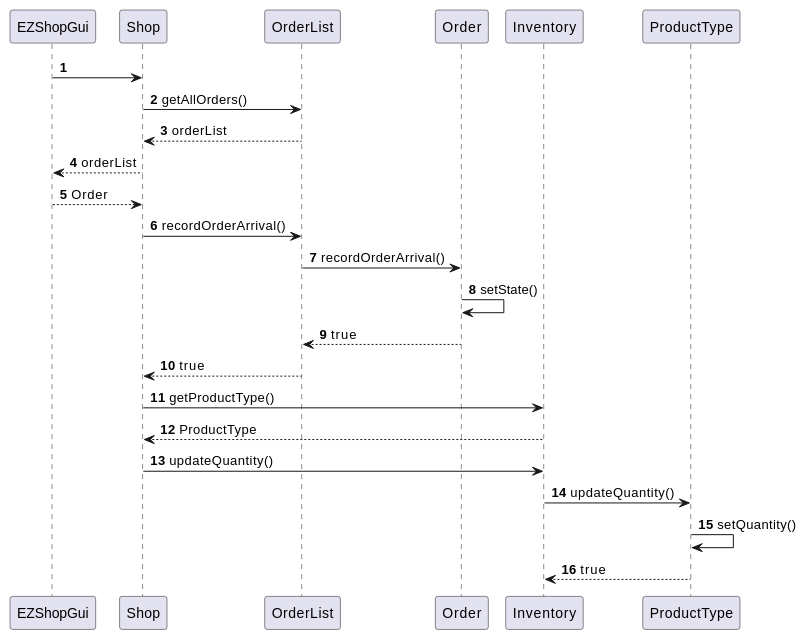
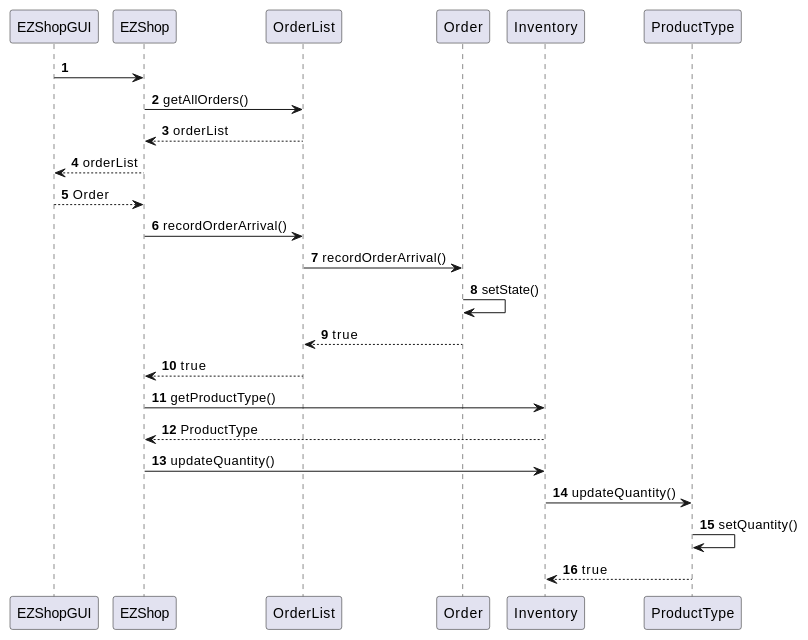
Before and after one commit to mkexc/ezshop: the ninth of 22 diagrams in Deliverables/DesignDocument.md, drawn with PlantUML. The commit also changed other lines of this file, not shown here.

````diff
--- a/Deliverables/DesignDocument.md
+++ b/Deliverables/DesignDocument.md
@@ -430,22 +327,22 @@
 ```plantuml
 @startuml
 autonumber
-EZShopGui -> Shop
+EZShopGUI -> EZShop
 
-Shop -> OrderList : getAllOrders()
-Shop <-- OrderList : orderList
-Shop --> EZShopGui : orderList
-Shop <-- EZShopGui : Order
-Shop -> OrderList : recordOrderArrival()
+EZShop -> OrderList : getAllOrders()
+EZShop <-- OrderList : orderList
+EZShop --> EZShopGUI : orderList
+EZShop <-- EZShopGUI : Order
+EZShop -> OrderList : recordOrderArrival()
 OrderList -> Order : recordOrderArrival()
 Order -> Order : setState()
 OrderList <-- Order : true
-Shop <-- OrderList : true
-Shop -> Inventory : getProductType()
-Shop <-- Inventory : ProductType
-Shop -> Inventory : updateQuantity()
+EZShop <-- OrderList : true
+EZShop -> Inventory : getProductType()
+EZShop <-- Inventory : ProductType
+EZShop -> Inventory : updateQuantity()
 Inventory -> ProductType : updateQuantity()
 ProductType -> ProductType : setQuantity()
 Inventory <-- ProductType : true
 @enduml
 ```
````
